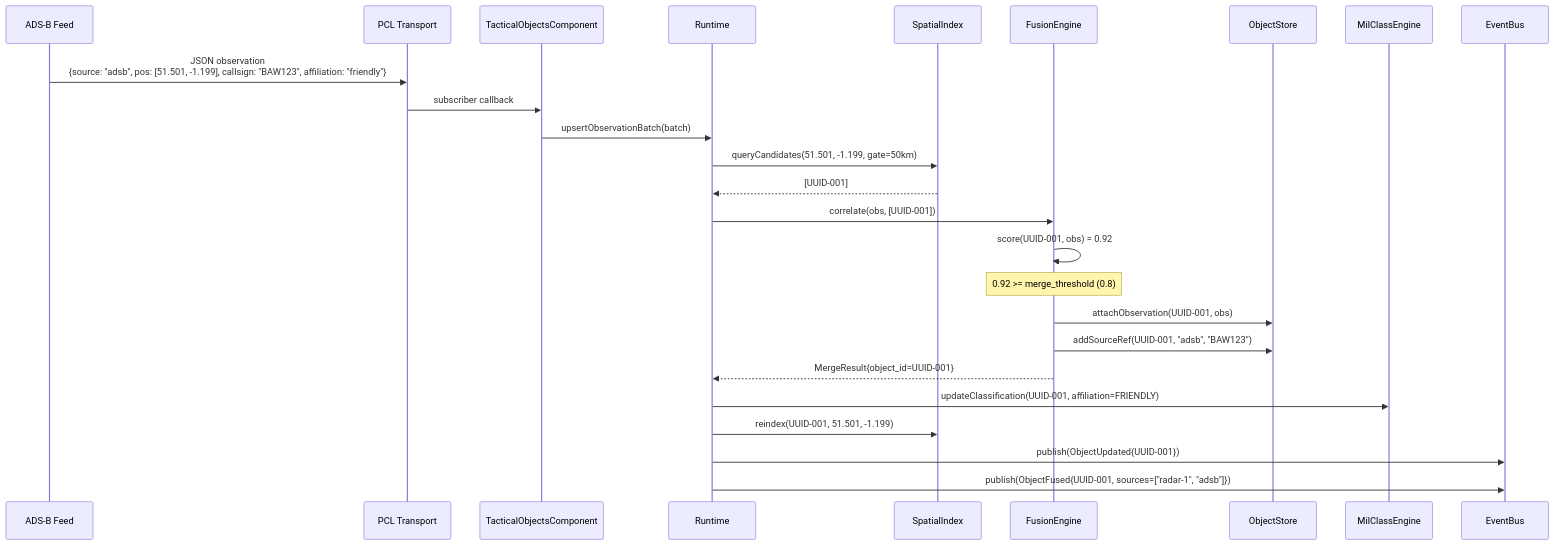
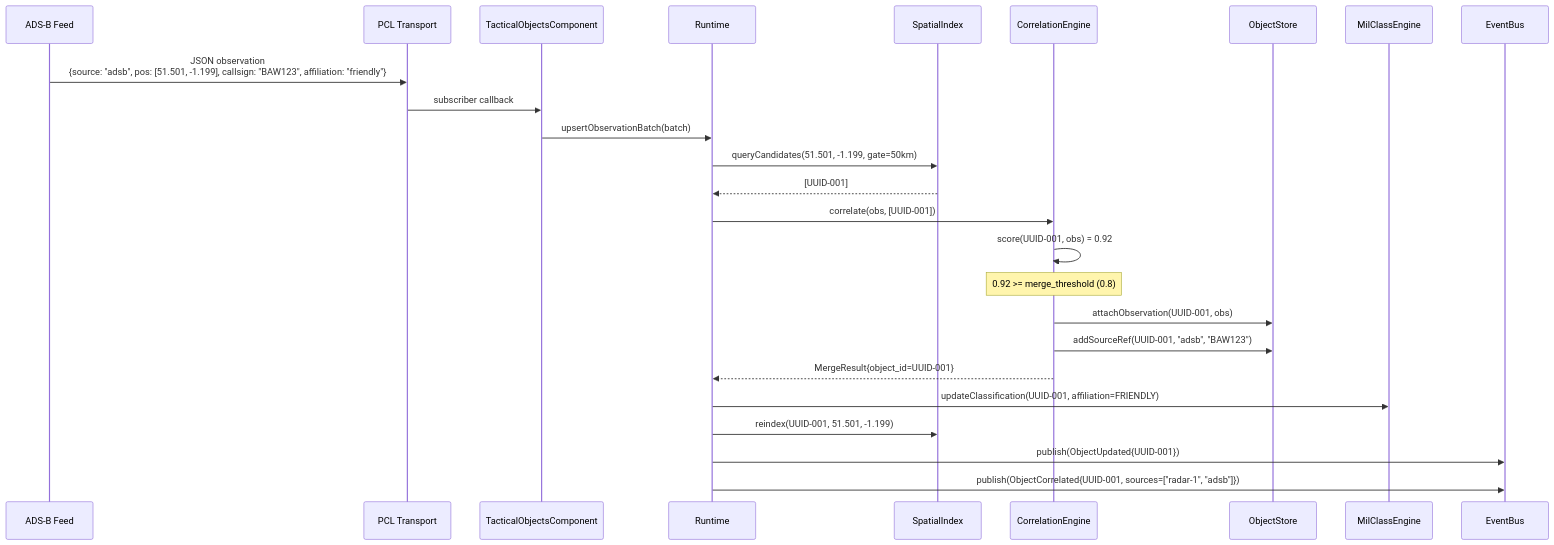
One commit to Ackoogin/mujin changed diagram 11 of 16 in pyramid/tactical_objects/ARCHITECTURE.md. Above: the diagram before and after it, drawn with Mermaid. The commit also changed other lines of this file and 52 other files, not shown here.

````diff
--- a/pyramid/tactical_objects/ARCHITECTURE.md
+++ b/pyramid/tactical_objects/ARCHITECTURE.md
@@ -392,28 +392,28 @@
 ```mermaid
 sequenceDiagram
     participant ADSB as ADS-B Feed
     participant Trans as PCL Transport
     participant Comp as TacticalObjectsComponent
     participant RT as Runtime
     participant SI as SpatialIndex
-    participant FE as FusionEngine
+    participant FE as CorrelationEngine
     participant OS as ObjectStore
     participant MC as MilClassEngine
     participant EB as EventBus
 
     ADSB->>Trans: JSON observation<br/>{source: "adsb", pos: [51.501, -1.199], callsign: "BAW123", affiliation: "friendly"}
     Trans->>Comp: subscriber callback
     Comp->>RT: upsertObservationBatch(batch)
     RT->>SI: queryCandidates(51.501, -1.199, gate=50km)
     SI-->>RT: [UUID-001]
     RT->>FE: correlate(obs, [UUID-001])
     FE->>FE: score(UUID-001, obs) = 0.92
     Note over FE: 0.92 >= merge_threshold (0.8)
     FE->>OS: attachObservation(UUID-001, obs)
     FE->>OS: addSourceRef(UUID-001, "adsb", "BAW123")
     FE-->>RT: MergeResult{object_id=UUID-001}
     RT->>MC: updateClassification(UUID-001, affiliation=FRIENDLY)
     RT->>SI: reindex(UUID-001, 51.501, -1.199)
     RT->>EB: publish(ObjectUpdated{UUID-001})
-    RT->>EB: publish(ObjectFused{UUID-001, sources=["radar-1", "adsb"]})
+    RT->>EB: publish(ObjectCorrelated{UUID-001, sources=["radar-1", "adsb"]})
 ```
````
